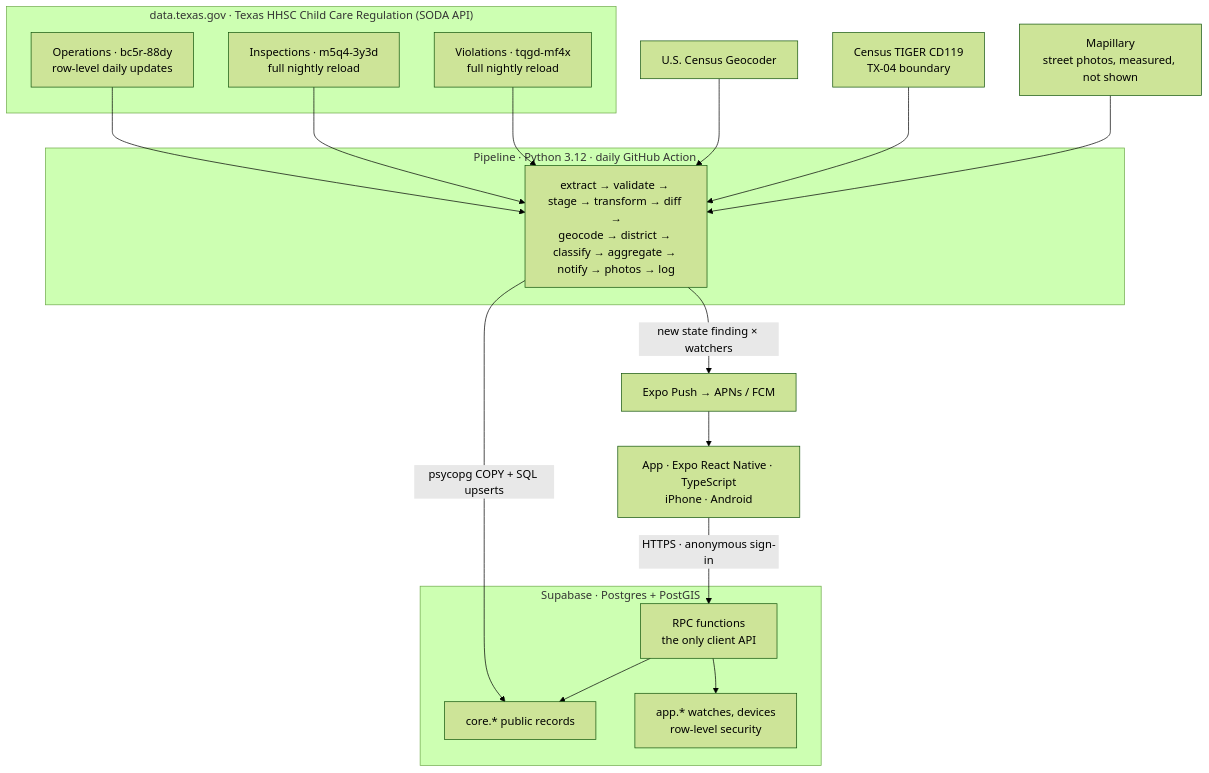
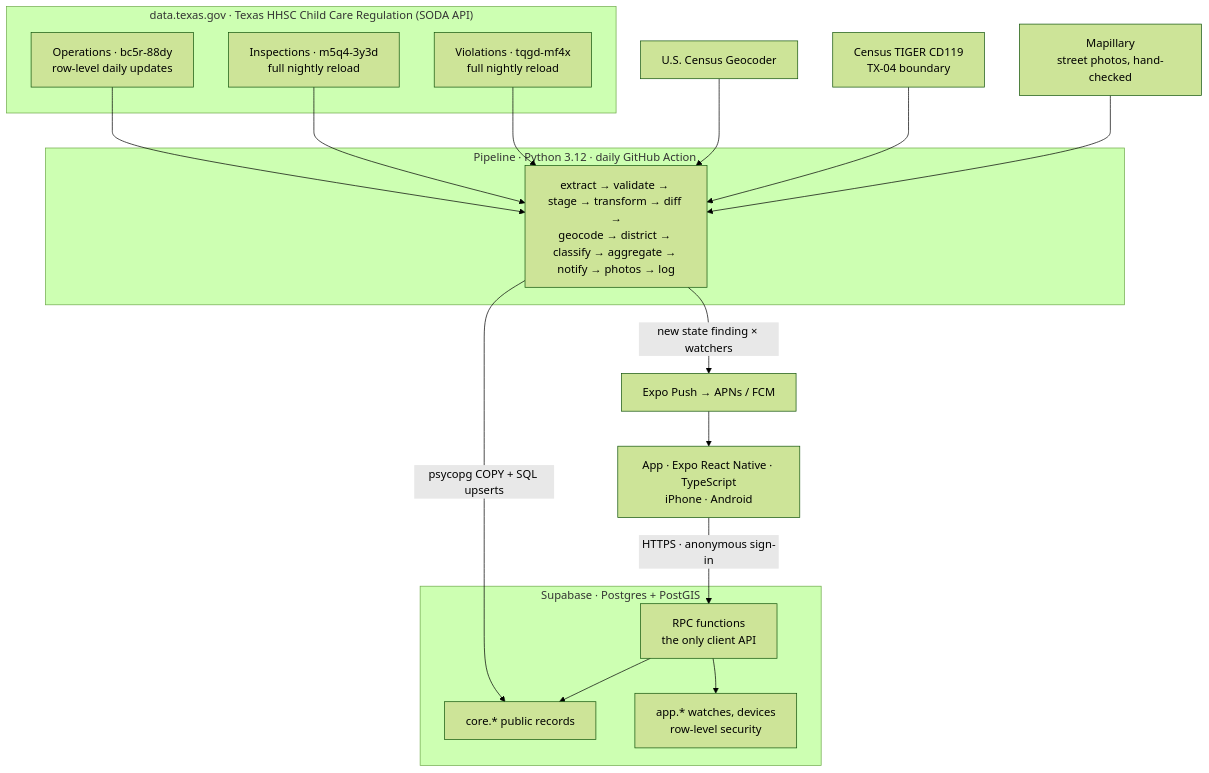
The second of 2 diagrams in README.md (areebhirani-beep/daycare-watch), drawn with Mermaid (forest theme) before and after one commit. The commit also changed other lines of this file and 4 other files, not shown here.

Commit message:
docs: photos are hand-checked (Mapillary 1 of 209 TX-04 centers, Look Around 3 of 10 sampled); test counts 185 / 274; GitHub started the Oct 25 scheduled syncs 3-4 hours late

````diff
--- a/README.md
+++ b/README.md
@@ -90,33 +90,33 @@
 ```mermaid
 flowchart TB
   subgraph TX["data.texas.gov · Texas HHSC Child Care Regulation (SODA API)"]
     OPS["Operations · bc5r-88dy<br/>row-level daily updates"]
     ACT["Inspections · m5q4-3y3d<br/>full nightly reload"]
     VIO["Violations · tqgd-mf4x<br/>full nightly reload"]
   end
   CEN["U.S. Census Geocoder"]
   TIG["Census TIGER CD119<br/>TX-04 boundary"]
-  MLY["Mapillary<br/>street photos, measured, not shown"]
+  MLY["Mapillary<br/>street photos, hand-checked"]
 
   subgraph PIPE["Pipeline · Python 3.12 · daily GitHub Action"]
     P["extract → validate → stage → transform → diff →<br/>geocode → district → classify → aggregate → notify → photos → log"]
   end
 
   subgraph DB["Supabase · Postgres + PostGIS"]
     CORE["core.* public records"]
     APP["app.* watches, devices<br/>row-level security"]
     RPC["RPC functions<br/>the only client API"]
   end
 
   PUSH["Expo Push → APNs / FCM"]
   MOB["App · Expo React Native · TypeScript<br/>iPhone · Android"]
 
   OPS & ACT & VIO --> P
   CEN & TIG & MLY --> P
   P -- "psycopg COPY + SQL upserts" --> CORE
   P -- "new state finding × watchers" --> PUSH
   PUSH --> MOB
   MOB -- "HTTPS · anonymous sign-in" --> RPC
   RPC --> CORE
   RPC --> APP
 ```
````
